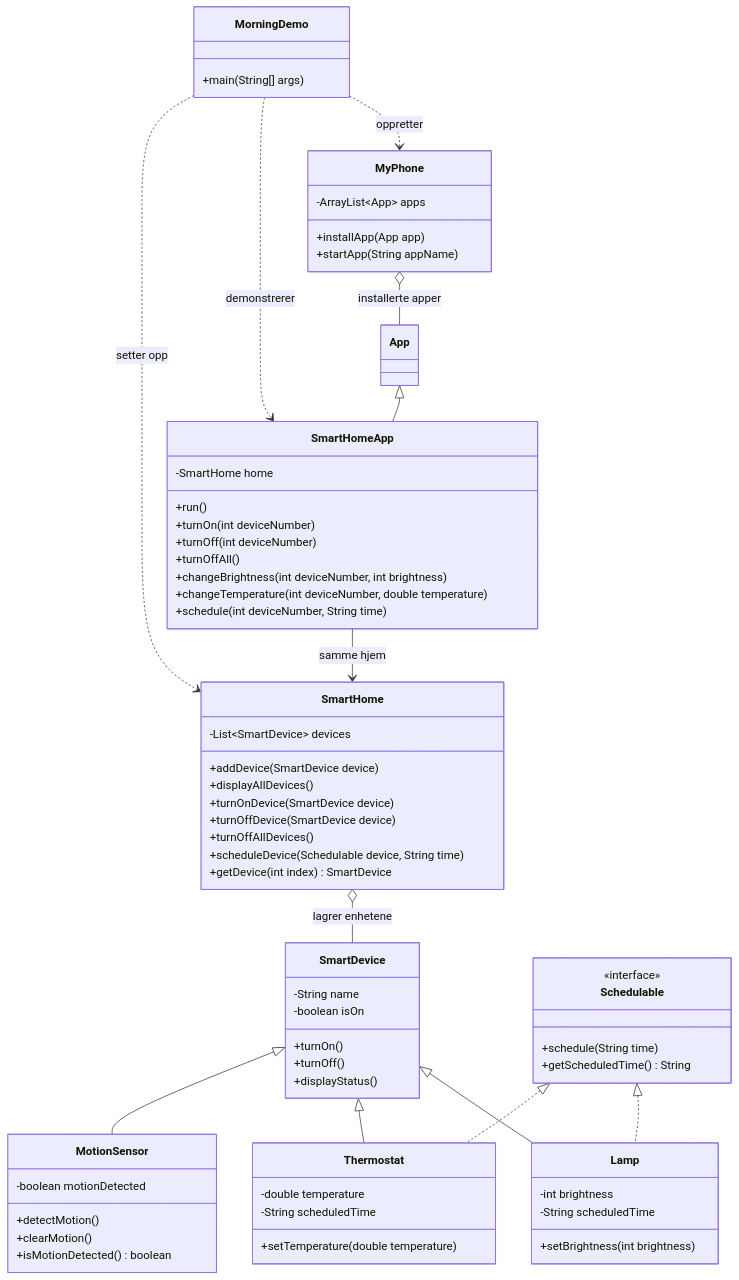
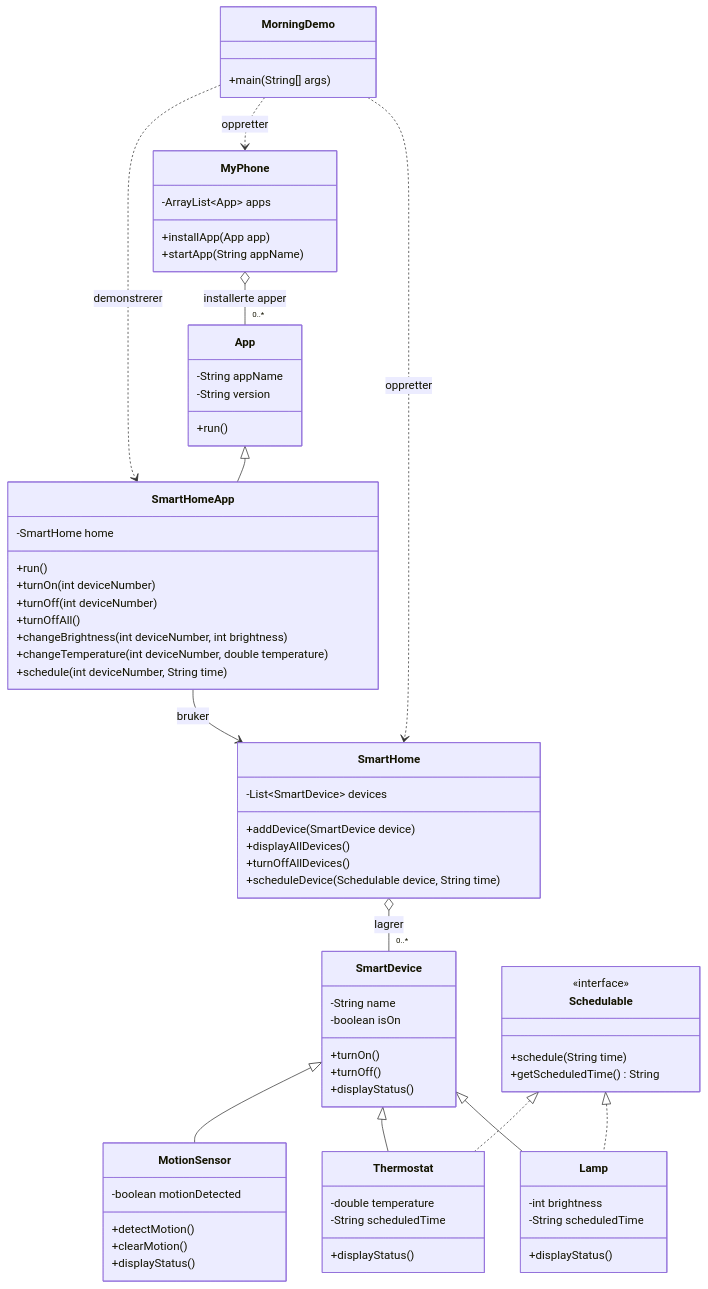
One commit to itsbarman/MySmartHome changed the diagram in README.md. Above: the diagram before and after it, drawn with Mermaid. The commit also changed other lines of this file, not shown here.

````diff
--- a/README.md
+++ b/README.md
@@ -160,72 +3,74 @@
 ```mermaid
 classDiagram
-	SmartDevice <|-- Lamp
-	SmartDevice <|-- Thermostat
-	SmartDevice <|-- MotionSensor
-	Schedulable <|.. Lamp
-	Schedulable <|.. Thermostat
-	SmartHome o-- SmartDevice : lagrer enhetene
-	App <|-- SmartHomeApp
-	MyPhone o-- App : installerte apper
-	SmartHomeApp --> SmartHome : samme hjem
-	MorningDemo ..> MyPhone : oppretter
-	MorningDemo ..> SmartHomeApp : demonstrerer
-	MorningDemo ..> SmartHome : setter opp
+    SmartDevice <|-- Lamp
+    SmartDevice <|-- Thermostat
+    SmartDevice <|-- MotionSensor
+    Schedulable <|.. Lamp
+    Schedulable <|.. Thermostat
+    SmartHome o-- "0..*" SmartDevice : lagrer
+    App <|-- SmartHomeApp
+    MyPhone o-- "0..*" App : installerte apper
+    SmartHomeApp --> SmartHome : bruker
+    MorningDemo ..> SmartHome : oppretter
+    MorningDemo ..> MyPhone : oppretter
+    MorningDemo ..> SmartHomeApp : demonstrerer
 
-	class SmartDevice {
-		-String name
-		-boolean isOn
-		+turnOn()
-		+turnOff()
-		+displayStatus()
-	}
-	class Schedulable {
-		<<interface>>
-		+schedule(String time)
-		+getScheduledTime() String
-	}
-	class Lamp {
-		-int brightness
-		-String scheduledTime
-		+setBrightness(int brightness)
-	}
-	class Thermostat {
-		-double temperature
-		-String scheduledTime
-		+setTemperature(double temperature)
-	}
-	class MotionSensor {
-		-boolean motionDetected
-		+detectMotion()
-		+clearMotion()
-		+isMotionDetected() boolean
-	}
-	class SmartHome {
-		-List~SmartDevice~ devices
-		+addDevice(SmartDevice device)
-		+displayAllDevices()
-		+turnOnDevice(SmartDevice device)
-		+turnOffDevice(SmartDevice device)
-		+turnOffAllDevices()
-		+scheduleDevice(Schedulable device, String time)
-		+getDevice(int index) SmartDevice
-	}
-	class MyPhone {
-		-ArrayList~App~ apps
-		+installApp(App app)
-		+startApp(String appName)
-	}
-	class SmartHomeApp {
-		-SmartHome home
-		+run()
-		+turnOn(int deviceNumber)
-		+turnOff(int deviceNumber)
-		+turnOffAll()
-		+changeBrightness(int deviceNumber, int brightness)
-		+changeTemperature(int deviceNumber, double temperature)
-		+schedule(int deviceNumber, String time)
-	}
-	class MorningDemo {
-		+main(String[] args)
-	}
+    class SmartDevice {
+        -String name
+        -boolean isOn
+        +turnOn()
+        +turnOff()
+        +displayStatus()
+    }
+    class Schedulable {
+        <<interface>>
+        +schedule(String time)
+        +getScheduledTime() String
+    }
+    class Lamp {
+        -int brightness
+        -String scheduledTime
+        +displayStatus()
+    }
+    class Thermostat {
+        -double temperature
+        -String scheduledTime
+        +displayStatus()
+    }
+    class MotionSensor {
+        -boolean motionDetected
+        +detectMotion()
+        +clearMotion()
+        +displayStatus()
+    }
+    class SmartHome {
+        -List~SmartDevice~ devices
+        +addDevice(SmartDevice device)
+        +displayAllDevices()
+        +turnOffAllDevices()
+        +scheduleDevice(Schedulable device, String time)
+    }
+    class App {
+        -String appName
+        -String version
+        +run()
+    }
+    class MyPhone {
+        -ArrayList~App~ apps
+        +installApp(App app)
+        +startApp(String appName)
+    }
+    class SmartHomeApp {
+        -SmartHome home
+        +run()
+        +turnOn(int deviceNumber)
+        +turnOff(int deviceNumber)
+        +turnOffAll()
+        +changeBrightness(int deviceNumber, int brightness)
+        +changeTemperature(int deviceNumber, double temperature)
+        +schedule(int deviceNumber, String time)
+    }
+    class MorningDemo {
+        +main(String[] args)
+    }
 ```
````
